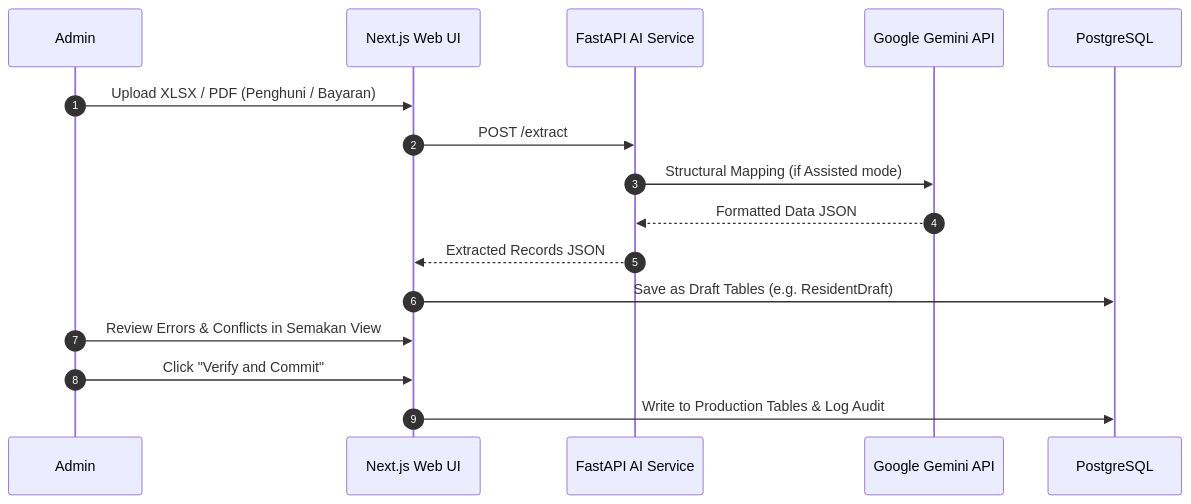
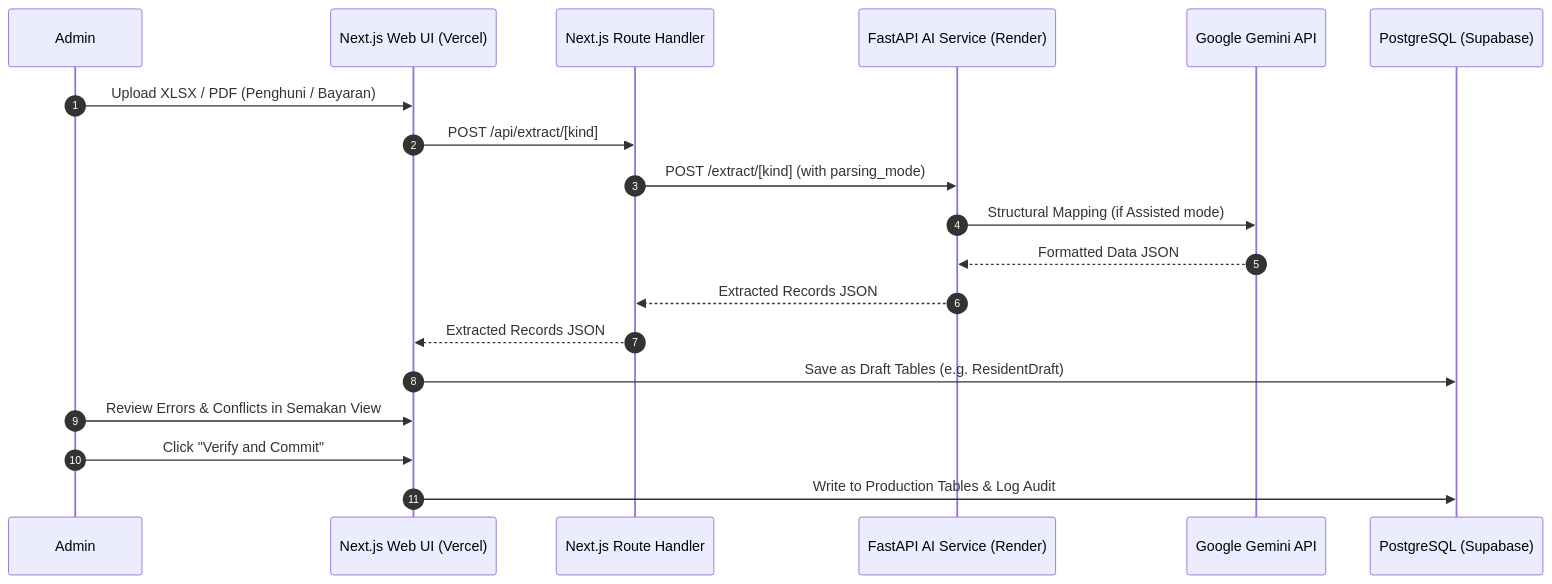
One commit to njwongzhe/Quarters-Management-Billing-System changed the second of 2 diagrams in README.md. Above: the diagram before and after it, drawn with Mermaid. The commit also changed other lines of this file, not shown here.

````diff
--- a/README.md
+++ b/README.md
@@ -301,13 +496,15 @@
 ```mermaid
 sequenceDiagram
     autonumber
-    Admin->>Next.js Web UI: Upload XLSX / PDF (Penghuni / Bayaran)
-    Next.js Web UI->>FastAPI AI Service: POST /extract
-    FastAPI AI Service->>Google Gemini API: Structural Mapping (if Assisted mode)
-    Google Gemini API-->>FastAPI AI Service: Formatted Data JSON
-    FastAPI AI Service-->>Next.js Web UI: Extracted Records JSON
-    Next.js Web UI->>PostgreSQL: Save as Draft Tables (e.g. ResidentDraft)
-    Admin->>Next.js Web UI: Review Errors & Conflicts in Semakan View
-    Admin->>Next.js Web UI: Click "Verify and Commit"
-    Next.js Web UI->>PostgreSQL: Write to Production Tables & Log Audit
+    Admin->>Next.js Web UI (Vercel): Upload XLSX / PDF (Penghuni / Bayaran)
+    Next.js Web UI (Vercel)->>Next.js Route Handler: POST /api/extract/[kind]
+    Next.js Route Handler->>FastAPI AI Service (Render): POST /extract/[kind] (with parsing_mode)
+    FastAPI AI Service (Render)->>Google Gemini API: Structural Mapping (if Assisted mode)
+    Google Gemini API-->>FastAPI AI Service (Render): Formatted Data JSON
+    FastAPI AI Service (Render)-->>Next.js Route Handler: Extracted Records JSON
+    Next.js Route Handler-->>Next.js Web UI (Vercel): Extracted Records JSON
+    Next.js Web UI (Vercel)->>PostgreSQL (Supabase): Save as Draft Tables (e.g. ResidentDraft)
+    Admin->>Next.js Web UI (Vercel): Review Errors & Conflicts in Semakan View
+    Admin->>Next.js Web UI (Vercel): Click "Verify and Commit"
+    Next.js Web UI (Vercel)->>PostgreSQL (Supabase): Write to Production Tables & Log Audit
 ```
````
